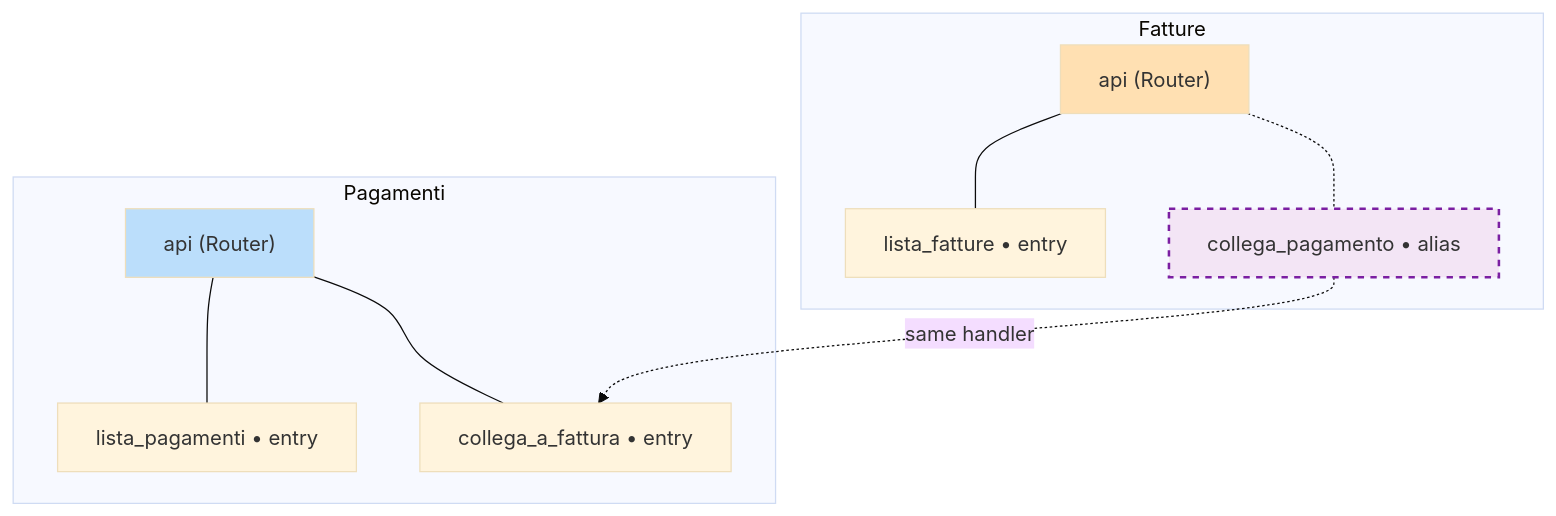
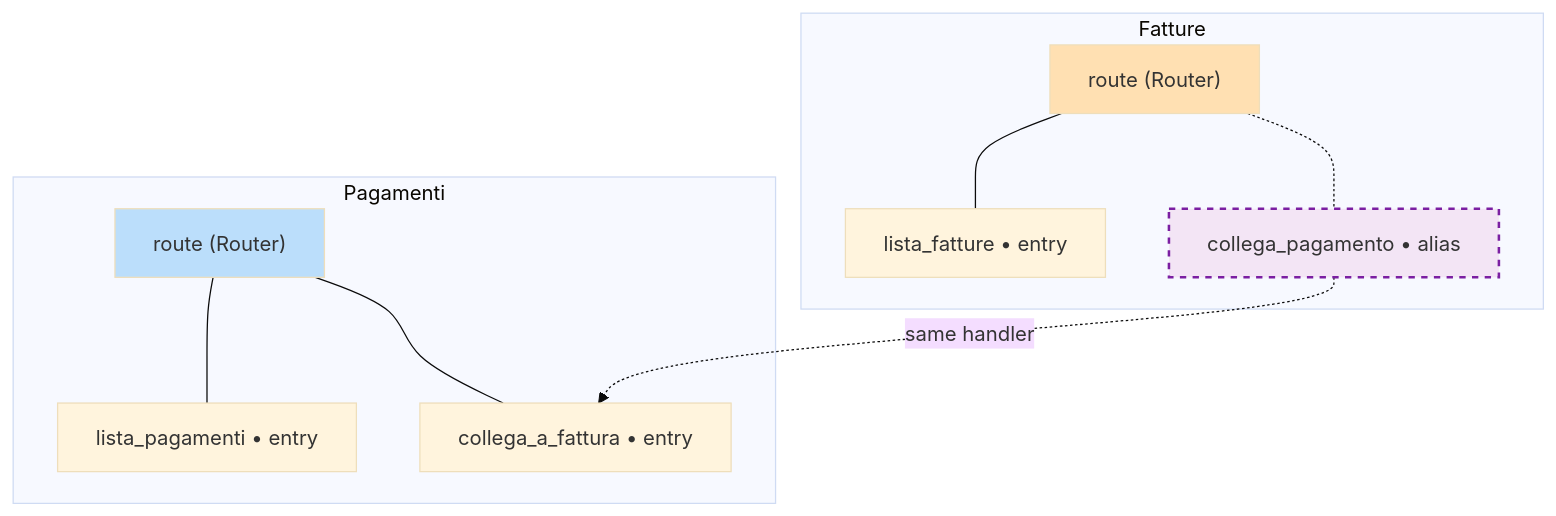
One commit to genropy/genro-routes changed the fifth of 6 diagrams in docs/guide/attach-instance-visual-guide.md. Above: the diagram before and after it, drawn with Mermaid (base theme). The commit also changed other lines of this file and 16 other files, not shown here.

First line of the commit message:
docs: migrate documentation to single-router API. Refs #32

````diff
--- a/docs/guide/attach-instance-visual-guide.md
+++ b/docs/guide/attach-instance-visual-guide.md
@@ -339,18 +261,18 @@
 ```mermaid
 graph TB
     subgraph "Pagamenti"
-        PA["api (Router)"]
+        PA["route (Router)"]
         PA --- E1["lista_pagamenti &bull; entry"]
         PA --- E2["collega_a_fattura &bull; entry"]
     end
     subgraph "Fatture"
-        FA["api (Router)"]
+        FA["route (Router)"]
         FA --- E3["lista_fatture &bull; entry"]
         FA -.- E4["collega_pagamento &bull; alias"]
     end
     E4 -.->|"same handler"| E2
 
     style PA fill:#bbdefb
     style FA fill:#ffe0b2
     style E4 fill:#f3e5f5,stroke:#7b1fa2,stroke-width:2px,stroke-dasharray: 5 5
 ```
````
